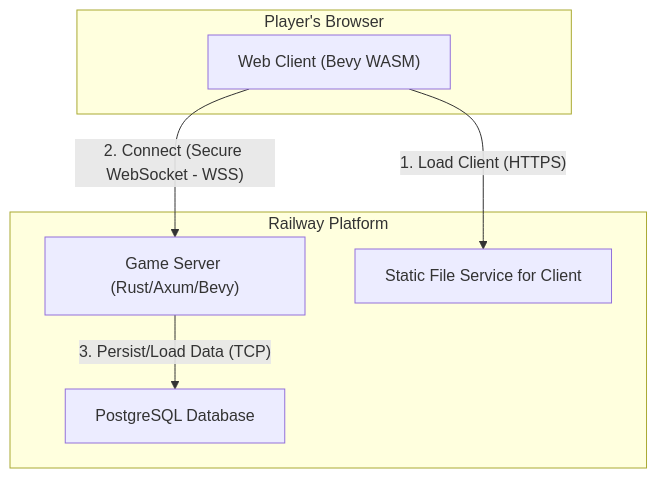
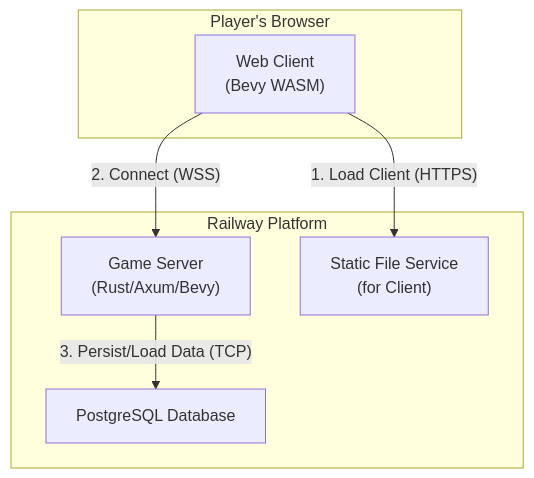
One commit to compusophy/IronVein changed the diagram in README.md. Above: the diagram before and after it, drawn with Mermaid. The commit also changed other lines of this file, not shown here.

````diff
--- a/README.md
+++ b/README.md
@@ -8,16 +21,16 @@
 ```mermaid
-graph TD
-    subgraph "Player's Browser"
-        A["Web Client (Bevy WASM)"]
-    end
+graph TD;
+    subgraph "Player's Browser";
+        A["Web Client<br/>(Bevy WASM)"];
+    end;
 
-    subgraph "Railway Platform"
-        B["Game Server (Rust/Axum/Bevy)"]
-        C["PostgreSQL Database"]
-        D["Static File Service for Client"]
-    end
+    subgraph "Railway Platform";
+        B["Game Server<br/>(Rust/Axum/Bevy)"];
+        C["PostgreSQL Database"];
+        D["Static File Service<br/>(for Client)"];
+    end;
 
-    A --"1. Load Client (HTTPS)"--> D
-    A --"2. Connect (Secure WebSocket - WSS)"--> B
-    B --"3. Persist/Load Data (TCP)"--> C
+    A -- "1. Load Client (HTTPS)" --> D;
+    A -- "2. Connect (WSS)" --> B;
+    B -- "3. Persist/Load Data (TCP)" --> C;
 ```
````
